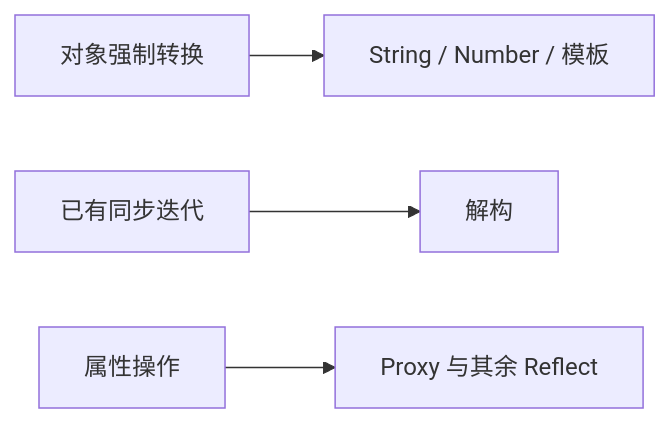
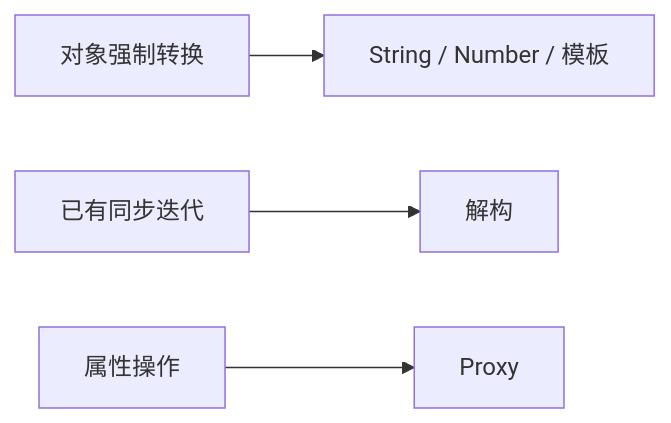
One commit to codehz/yield-js changed the diagram in docs/gaps.md. Above: the diagram before and after it, drawn with Mermaid. The commit also changed other lines of this file and 5 other files, not shown here.

````diff
--- a/docs/gaps.md
+++ b/docs/gaps.md
@@ -93,6 +93,6 @@
 ```mermaid
 flowchart LR
   C[对象强制转换] --> S[String / Number / 模板]
   I[已有同步迭代] --> D[解构]
-  E[属性操作] --> R[Proxy 与其余 Reflect]
+  E[属性操作] --> R[Proxy]
 ```
````
